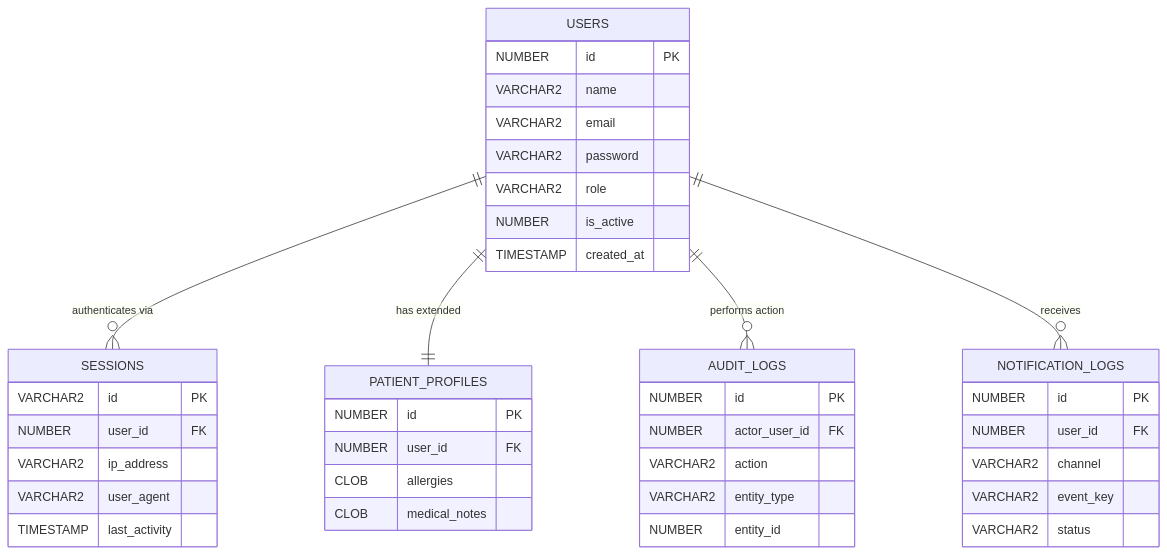
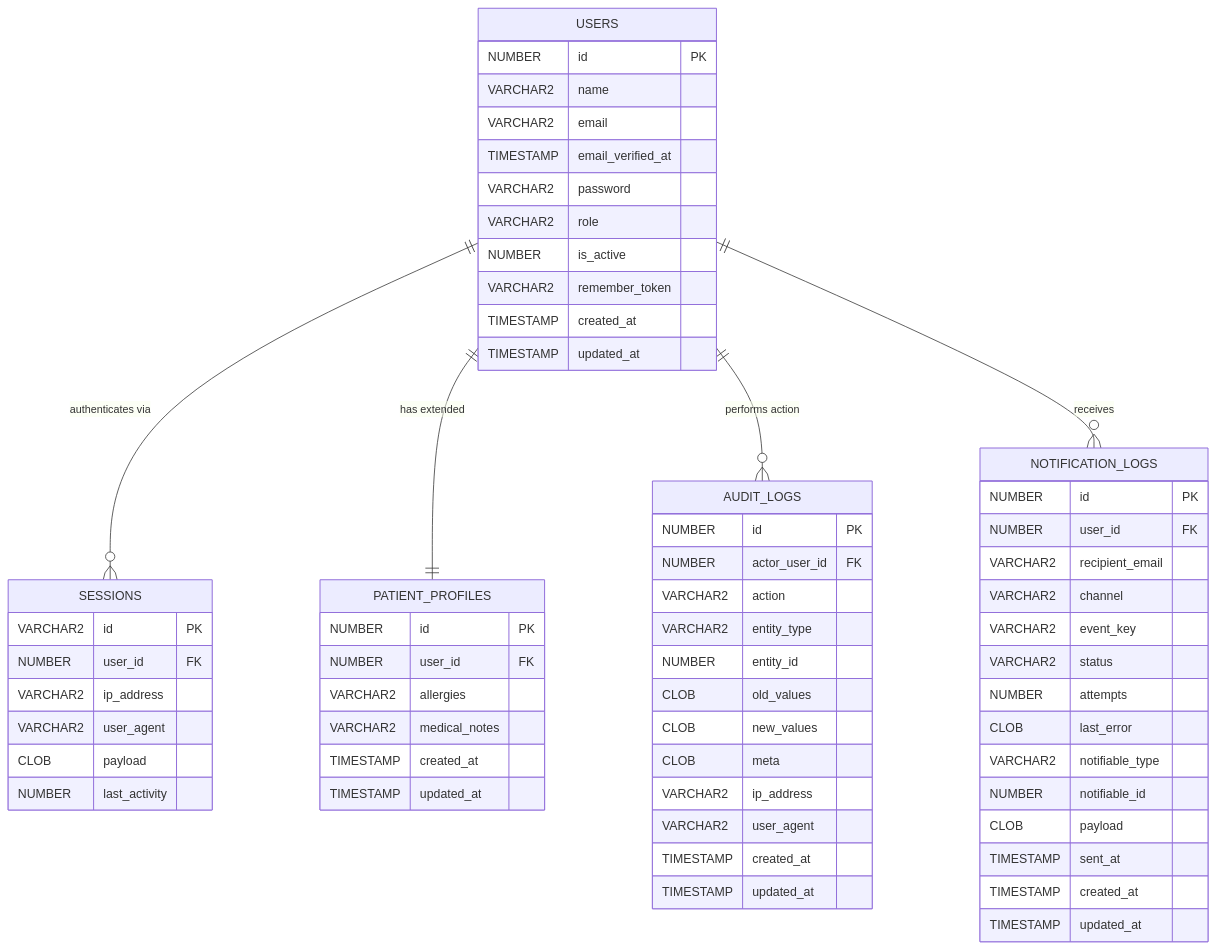
The first of 5 diagrams in ER_DIAGRAMS.md (AbirHasanArko/hellomed-db-legacy), drawn with Mermaid before and after one commit. The commit also changed other lines of this file, not shown here.

Commit message:
Update ER diagrams with full 1:1 column mapping from Oracle schema

````diff
--- a/ER_DIAGRAMS.md
+++ b/ER_DIAGRAMS.md
@@ -11,44 +11,66 @@
 ```mermaid
 erDiagram
     USERS {
         NUMBER id PK
         VARCHAR2 name
         VARCHAR2 email
+        TIMESTAMP email_verified_at
         VARCHAR2 password
         VARCHAR2 role
         NUMBER is_active
+        VARCHAR2 remember_token
         TIMESTAMP created_at
+        TIMESTAMP updated_at
     }
     SESSIONS {
         VARCHAR2 id PK
         NUMBER user_id FK
         VARCHAR2 ip_address
         VARCHAR2 user_agent
-        TIMESTAMP last_activity
+        CLOB payload
+        NUMBER last_activity
     }
     PATIENT_PROFILES {
         NUMBER id PK
         NUMBER user_id FK
-        CLOB allergies
-        CLOB medical_notes
+        VARCHAR2 allergies
+        VARCHAR2 medical_notes
+        TIMESTAMP created_at
+        TIMESTAMP updated_at
     }
     AUDIT_LOGS {
         NUMBER id PK
         NUMBER actor_user_id FK
         VARCHAR2 action
         VARCHAR2 entity_type
         NUMBER entity_id
+        CLOB old_values
+        CLOB new_values
+        CLOB meta
+        VARCHAR2 ip_address
+        VARCHAR2 user_agent
+        TIMESTAMP created_at
+        TIMESTAMP updated_at
     }
     NOTIFICATION_LOGS {
         NUMBER id PK
         NUMBER user_id FK
+        VARCHAR2 recipient_email
         VARCHAR2 channel
         VARCHAR2 event_key
         VARCHAR2 status
+        NUMBER attempts
+        CLOB last_error
+        VARCHAR2 notifiable_type
+        NUMBER notifiable_id
+        CLOB payload
+        TIMESTAMP sent_at
+        TIMESTAMP created_at
+        TIMESTAMP updated_at
     }
 
     USERS ||--o{ SESSIONS : "authenticates via"
     USERS ||--|| PATIENT_PROFILES : "has extended"
     USERS ||--o{ AUDIT_LOGS : "performs action"
     USERS ||--o{ NOTIFICATION_LOGS : "receives"
 ```
````
